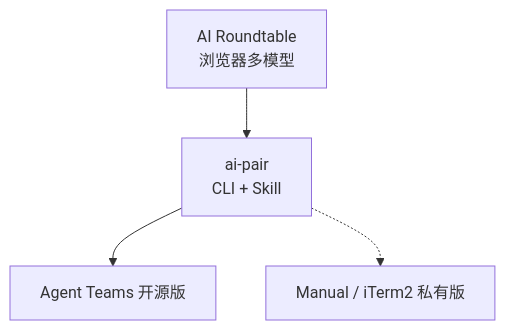
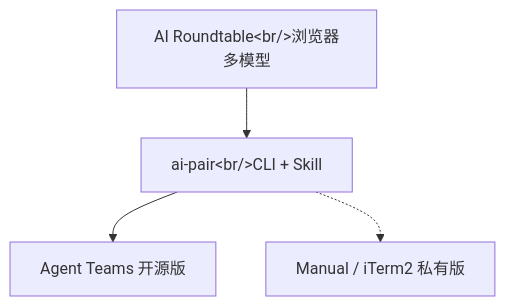
The seventh of 7 diagrams in project-wiki/ai-pair/exports/full-wiki.md (dragonforce2010/awesome-ai-repos-deepwiki), drawn with Mermaid before and after one commit. The commit also changed other lines of this file and 253 other files, not shown here.

````diff
--- a/project-wiki/ai-pair/exports/full-wiki.md
+++ b/project-wiki/ai-pair/exports/full-wiki.md
@@ -1390,6 +1410,6 @@
 ```mermaid
 graph TD
-  RT["AI Roundtable<br/>浏览器多模型"] --> AP["ai-pair<br/>CLI + Skill"]
+  RT["AI Roundtable&lt;br/&gt;浏览器多模型"] --> AP["ai-pair&lt;br/&gt;CLI + Skill"]
   AP --> Teams["Agent Teams 开源版"]
   AP -.-> Private["Manual / iTerm2 私有版"]
 ```
````
